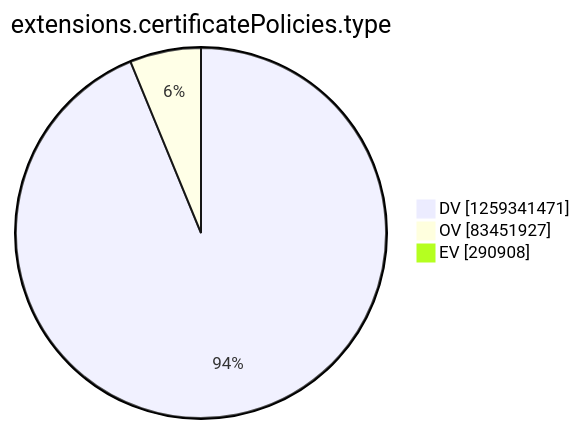
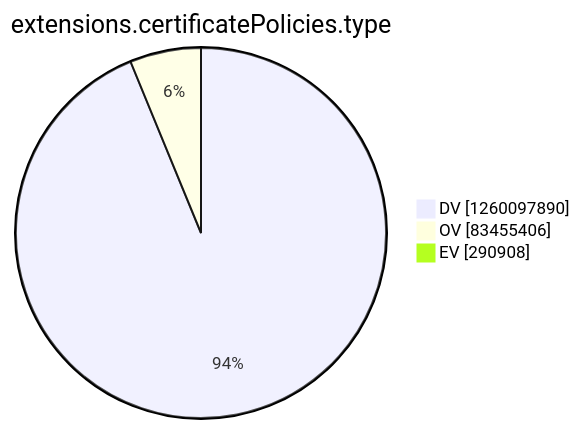
One commit to christiankrug/ctmonitor_visualization changed the tenth of 15 diagrams in argon2022/README.md. Above: the diagram before and after it, drawn with Mermaid. The commit also changed other lines of this file, not shown here.

````diff
--- a/argon2022/README.md
+++ b/argon2022/README.md
@@ -2771,7 +2771,7 @@
 ```mermaid
 pie showData
 title extensions.certificatePolicies.type
-"DV" :1259341471
-"OV" :83451927
+"DV" :1260097890
+"OV" :83455406
 "EV" :290908
 ```
````
